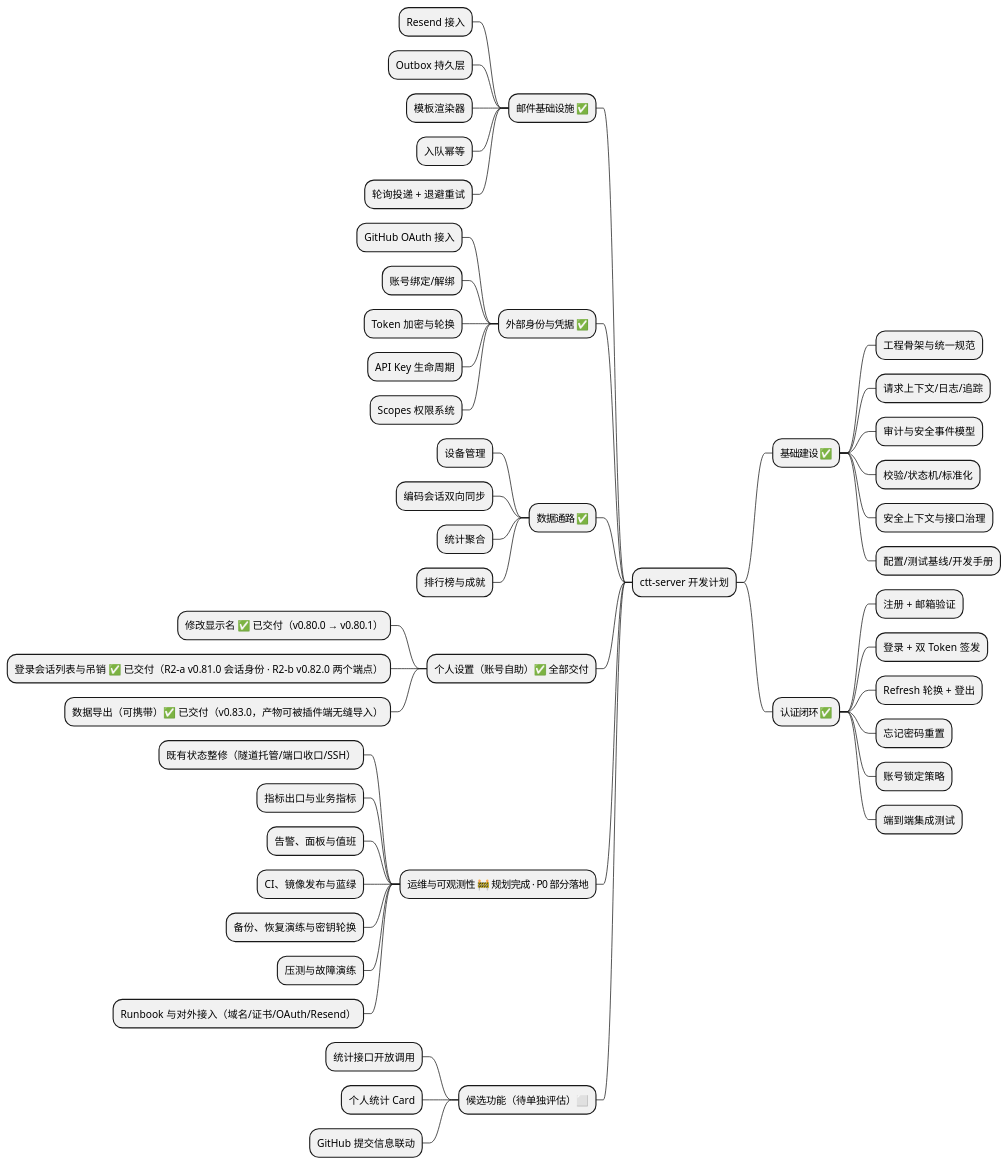
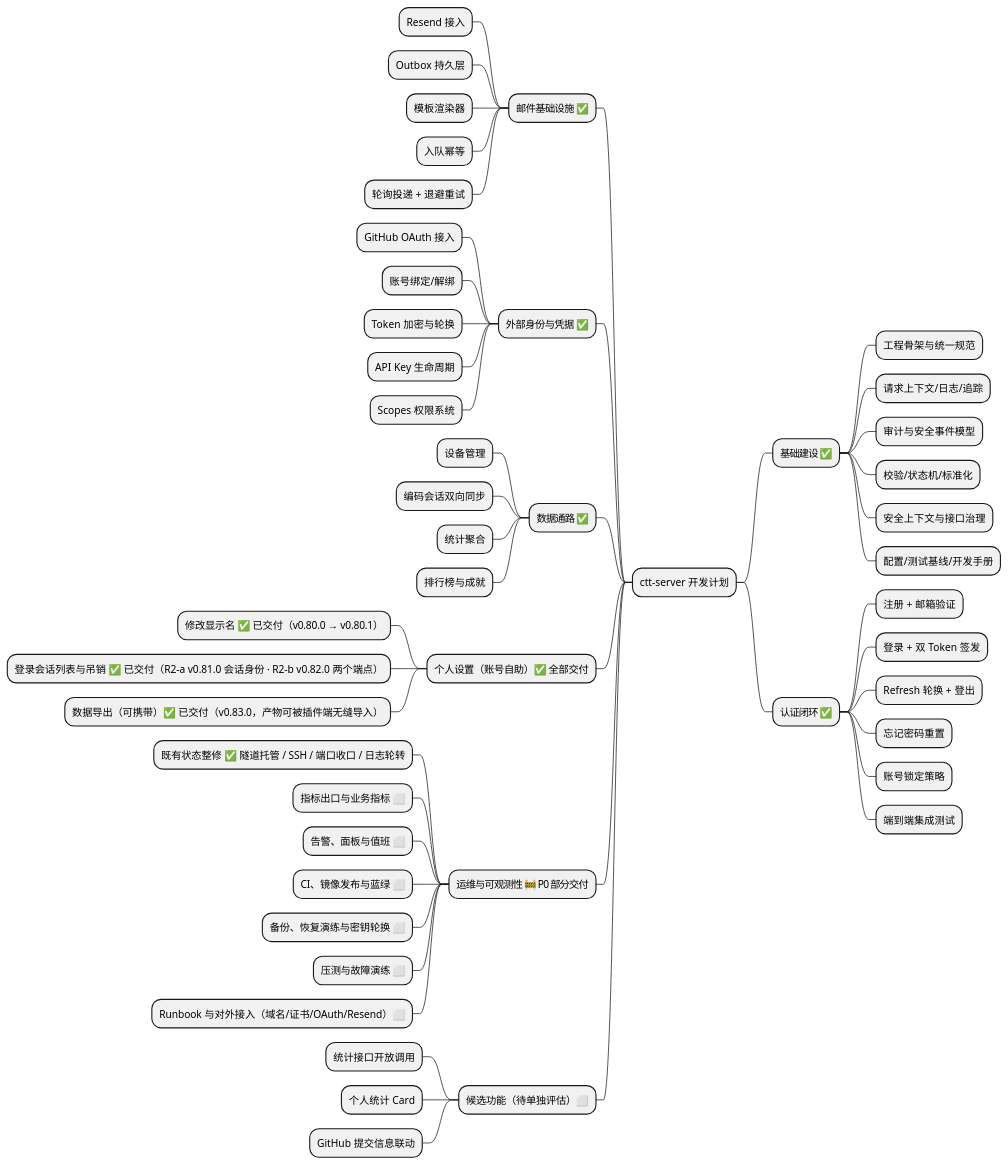
Before and after one commit to AhogeK/ctt-server: the first of 9 diagrams in .plans/ctt-server-development-plan.md, drawn with PlantUML. The commit also changed other lines of this file, not shown here.

````diff
--- a/.plans/ctt-server-development-plan.md
+++ b/.plans/ctt-server-development-plan.md
@@ -13,54 +13,54 @@
 ```plantuml
 @startmindmap
 * ctt-server 开发计划
 ** 基础建设 ✅
 *** 工程骨架与统一规范
 *** 请求上下文/日志/追踪
 *** 审计与安全事件模型
 *** 校验/状态机/标准化
 *** 安全上下文与接口治理
 *** 配置/测试基线/开发手册
 ** 认证闭环 ✅
 *** 注册 + 邮箱验证
 *** 登录 + 双 Token 签发
 *** Refresh 轮换 + 登出
 *** 忘记密码重置
 *** 账号锁定策略
 *** 端到端集成测试
 
 left side
 ** 邮件基础设施 ✅
 *** Resend 接入
 *** Outbox 持久层
 *** 模板渲染器
 *** 入队幂等
 *** 轮询投递 + 退避重试
 ** 外部身份与凭据 ✅
 *** GitHub OAuth 接入
 *** 账号绑定/解绑
 *** Token 加密与轮换
 *** API Key 生命周期
 *** Scopes 权限系统
 ** 数据通路 ✅
 *** 设备管理
 *** 编码会话双向同步
 *** 统计聚合
 *** 排行榜与成就
 ** 个人设置（账号自助）✅ 全部交付
 *** 修改显示名 ✅ 已交付（v0.80.0 → v0.80.1）
 *** 登录会话列表与吊销 ✅ 已交付（R2-a v0.81.0 会话身份 · R2-b v0.82.0 两个端点）
 *** 数据导出（可携带）✅ 已交付（v0.83.0，产物可被插件端无缝导入）
-** 运维与可观测性 🚧 规划完成 · P0 部分落地
-*** 既有状态整修（隧道托管/端口收口/SSH）
-*** 指标出口与业务指标
-*** 告警、面板与值班
-*** CI、镜像发布与蓝绿
-*** 备份、恢复演练与密钥轮换
-*** 压测与故障演练
-*** Runbook 与对外接入（域名/证书/OAuth/Resend）
+** 运维与可观测性 🚧 P0 部分交付
+*** 既有状态整修 ✅ 隧道托管 / SSH / 端口收口 / 日志轮转
+*** 指标出口与业务指标 ⬜
+*** 告警、面板与值班 ⬜
+*** CI、镜像发布与蓝绿 ⬜
+*** 备份、恢复演练与密钥轮换 ⬜
+*** 压测与故障演练 ⬜
+*** Runbook 与对外接入（域名/证书/OAuth/Resend）⬜
 ** 候选功能（待单独评估）⬜
 *** 统计接口开放调用
 *** 个人统计 Card
 *** GitHub 提交信息联动
 @endmindmap
 ```
````
